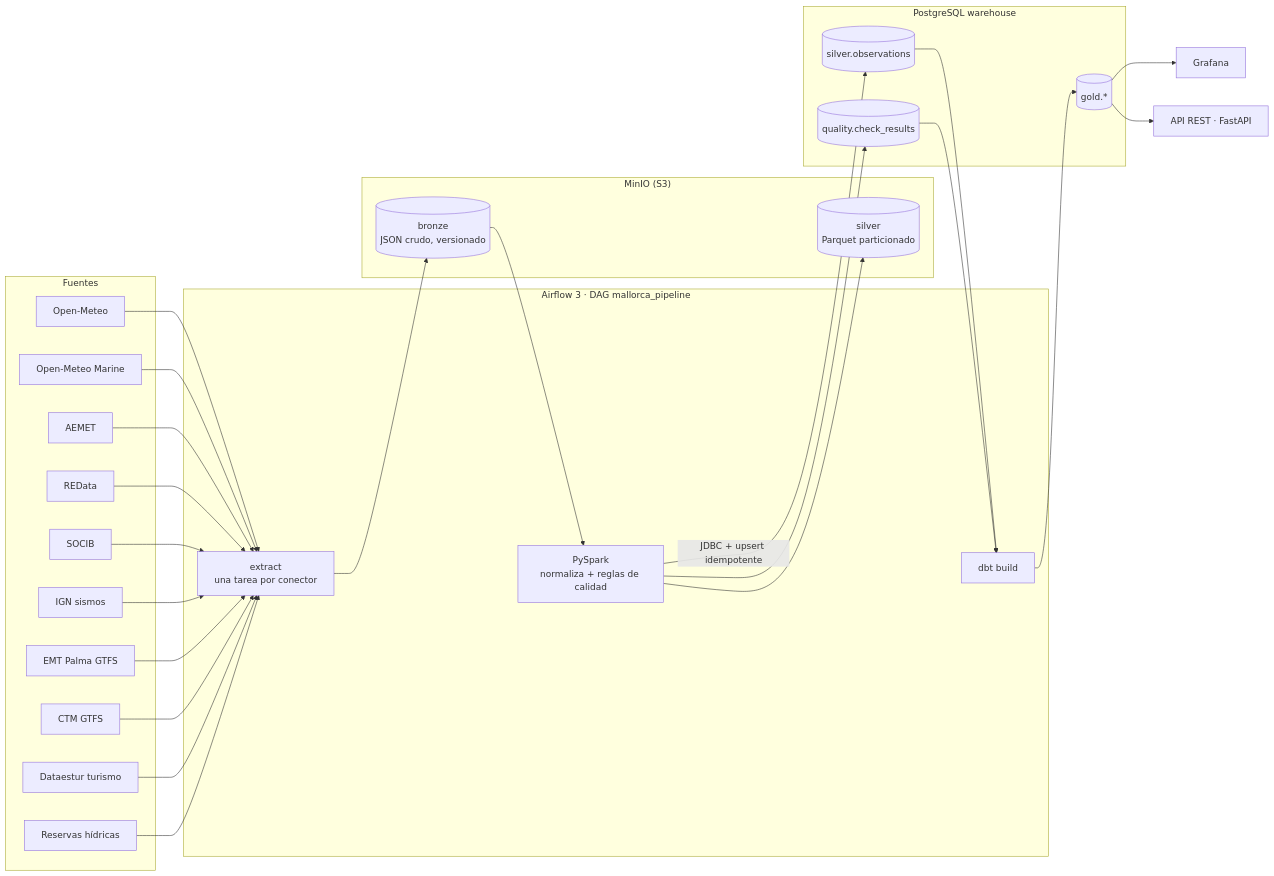
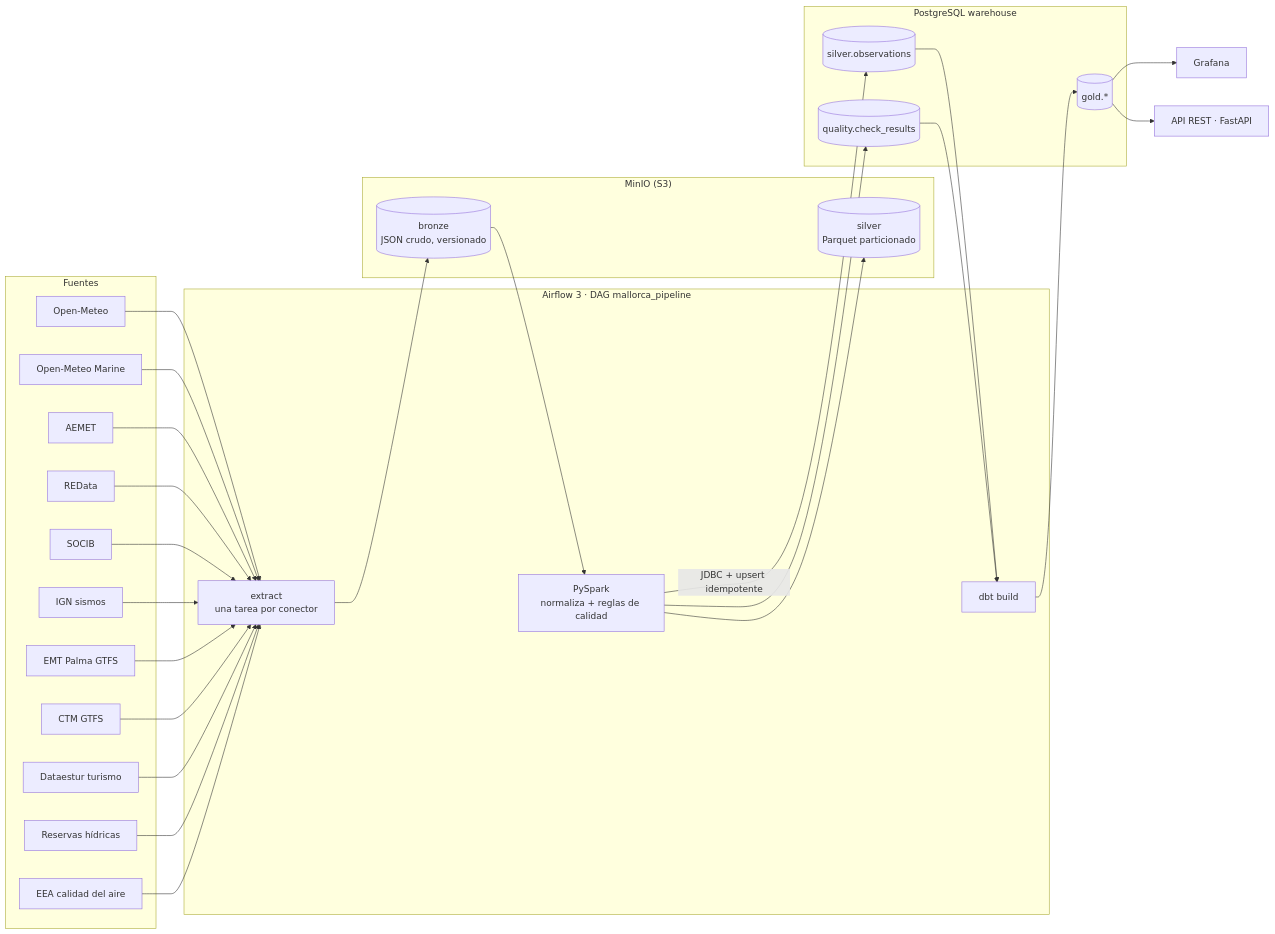
The diagram in README.md (AlexandreColl/MallorcaDataPlatform), drawn with Mermaid before and after one commit. The commit also changed other lines of this file and 4 other files, not shown here.

````diff
--- a/README.md
+++ b/README.md
@@ -21,36 +21,37 @@
 ```mermaid
 flowchart LR
     subgraph Fuentes
         OM[Open-Meteo]
         OMM[Open-Meteo Marine]
         AE[AEMET]
         RD[REData]
         SO[SOCIB]
         IG[IGN sismos]
         EM[EMT Palma GTFS]
         CT[CTM GTFS]
         DE[Dataestur turismo]
         WR[Reservas hídricas]
+        EA[EEA calidad del aire]
     end
     subgraph Airflow["Airflow 3 · DAG mallorca_pipeline"]
         EX[extract<br/>una tarea por conector]
         SP[PySpark<br/>normaliza + reglas de calidad]
         DBT[dbt build]
     end
     subgraph MinIO["MinIO (S3)"]
         BR[(bronze<br/>JSON crudo, versionado)]
         SL[(silver<br/>Parquet particionado)]
     end
     subgraph PG[PostgreSQL warehouse]
         SV[(silver.observations)]
         QC[(quality.check_results)]
         GD[(gold.*)]
     end
-    OM & OMM & AE & RD & SO & IG & EM & CT & DE & WR --> EX --> BR --> SP
+    OM & OMM & AE & RD & SO & IG & EM & CT & DE & WR & EA --> EX --> BR --> SP
     SP --> SL
     SP -->|JDBC + upsert idempotente| SV
     SP --> QC
     SV & QC --> DBT --> GD --> GF[Grafana]
     GD --> API[API REST · FastAPI]
     classDef next stroke-dasharray: 5 5
 ```
````
